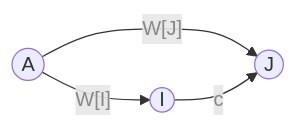
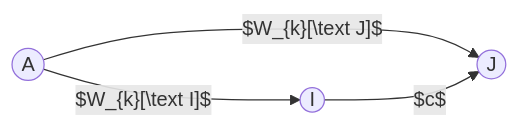
Before and after one commit to CHOYUNSIG/algorithm_with_boj: the first of 3 diagrams in _posts/2024-01-07-bellman_ford.md, drawn with Mermaid. The commit also changed other lines of this file and 1 other file, not shown here.

Commit message:
포스트 업데이트

```diff
--- a/_posts/2024-01-07-bellman_ford.md
+++ b/_posts/2024-01-07-bellman_ford.md
@@ -37,10 +37,10 @@
 <pre class="mermaid">
     graph LR
-    A -- <p style="color: #888">W[I]</p> --> I
-    A -- <p style="color: #888">W[J]</p> --> J
-    I -- <p style="color: #888">c</p> --> J
+    A -- <span class="mathjax mj1">$W_{k}[\text I]$</span> --> I
+    A -- <span class="mathjax mj2">$W_{k}[\text J]$</span> --> J
+    I -- <span class="mathjax mj3">$c$</span> --> J
 
     A((A))
     I((I))
     J((J))
 </pre>
```
